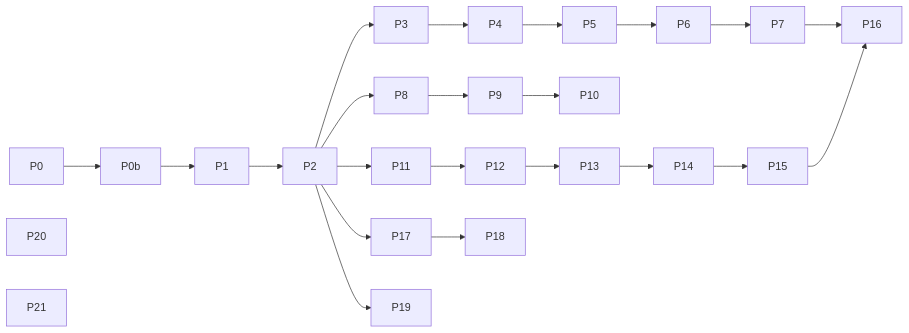
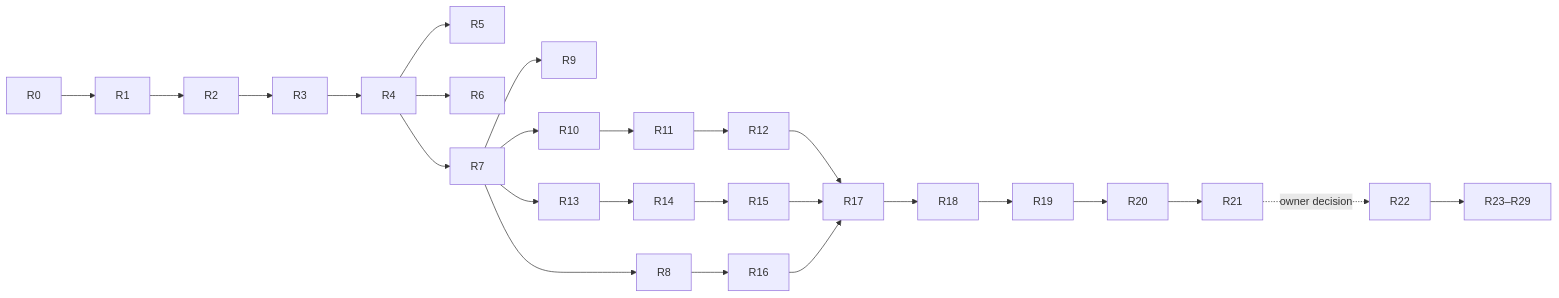
One commit to mode777/efx changed the diagram in docs/refactoring.md. Above: the diagram before and after it, drawn with Mermaid. The commit also changed other lines of this file and 9 other files, not shown here.

````diff
--- a/docs/refactoring.md
+++ b/docs/refactoring.md
@@ -573,13 +669,11 @@
 ```mermaid
 flowchart LR
-  P0 --> P0b --> P1 --> P2
-  P2 --> P3 --> P4 --> P5 --> P6 --> P7
-  P2 --> P8 --> P9 --> P10
-  P2 --> P11 --> P12 --> P13 --> P14
-  P7 --> P16
-  P14 --> P15 --> P16
-  P2 --> P17 --> P18
-  P2 --> P19
-  P20
-  P21
+  R0 --> R1 --> R2 --> R3 --> R4
+  R4 --> R5 & R6 & R7
+  R7 --> R8 & R9 & R10
+  R10 --> R11 --> R12
+  R7 --> R13 --> R14 --> R15
+  R8 --> R16
+  R12 & R15 & R16 --> R17 --> R18 --> R19 --> R20 --> R21
+  R21 -. owner decision .-> R22 --> R23[R23–R29]
 ```
````
